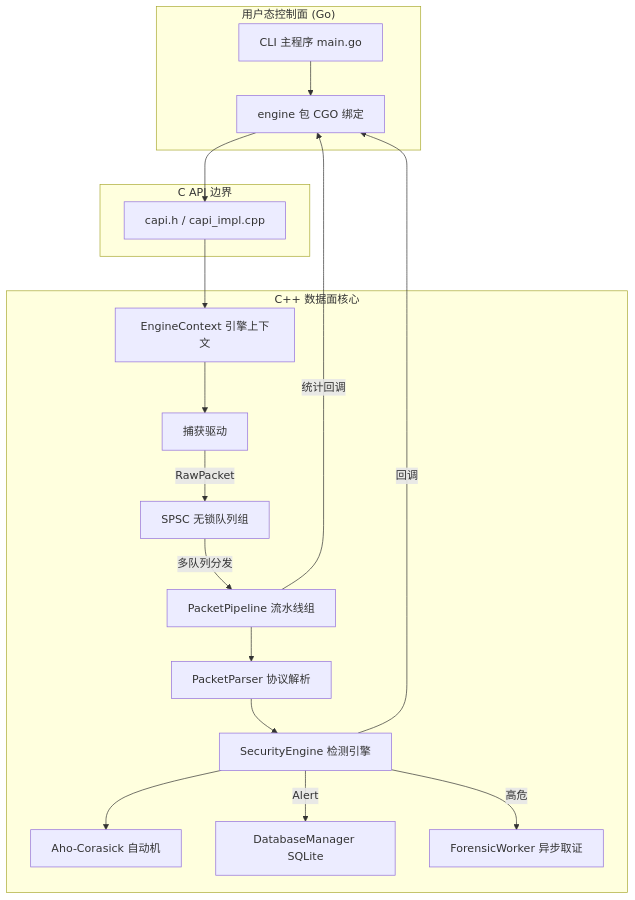
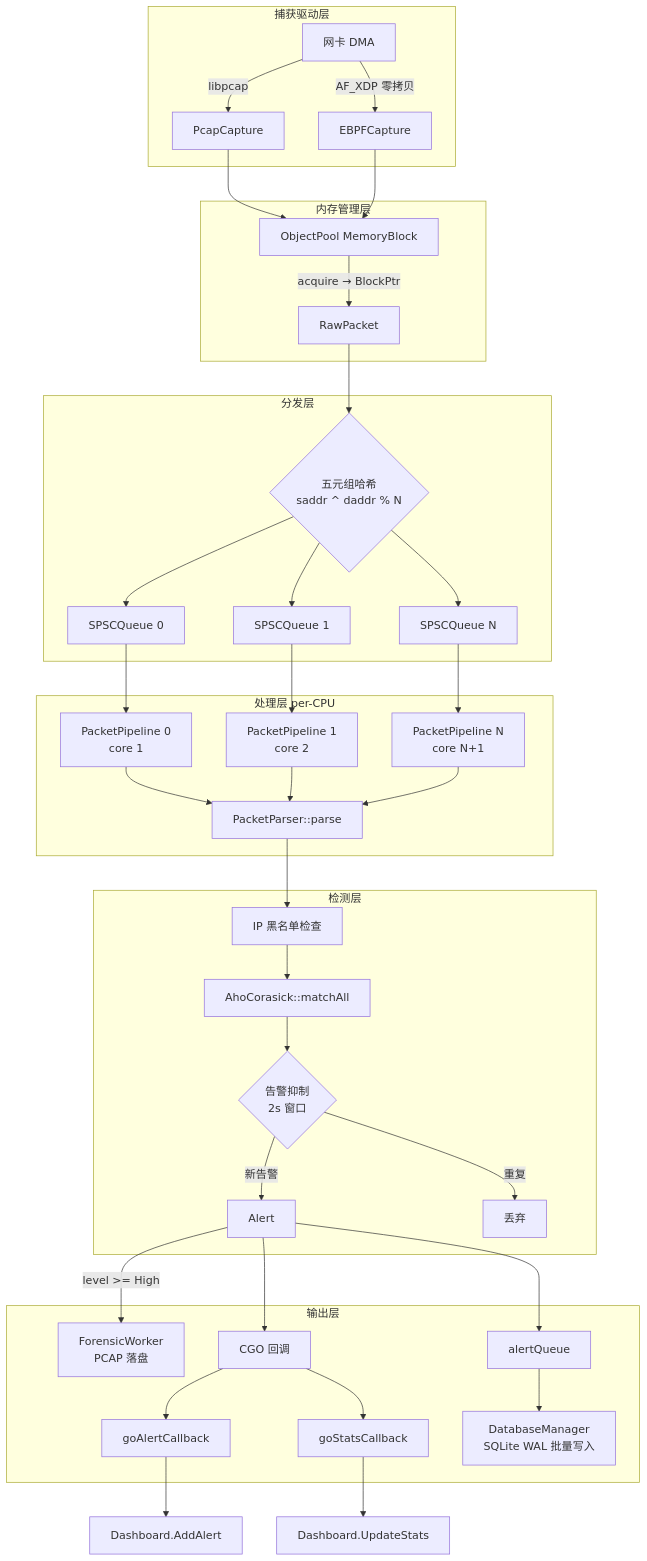
One commit to qizhi125/Sentinel-Flow changed the diagram in docs/architecture.md. Above: the diagram before and after it, drawn with Mermaid. The commit also changed other lines of this file and 66 other files, not shown here.

````diff
--- a/docs/architecture.md
+++ b/docs/architecture.md
@@ -9,37 +5,49 @@
 ```mermaid
-graph TB
-    subgraph "用户态控制面 (Go)"
-        CLI[CLI 主程序 main.go]
-        Binding[engine 包 CGO 绑定]
+graph TD
+    subgraph "捕获驱动层"
+        NIC[网卡 DMA] -->|libpcap| PCAP[PcapCapture]
+        NIC -->|AF_XDP 零拷贝| EBPF[EBPFCapture]
     end
 
-    subgraph "C API 边界"
-        capi[capi.h / capi_impl.cpp]
+    subgraph "内存管理层"
+        PCAP --> POOL[ObjectPool MemoryBlock]
+        EBPF --> POOL
+        POOL -->|acquire → BlockPtr| RAW[RawPacket]
     end
 
-    subgraph "C++ 数据面核心"
-        Context[EngineContext 引擎上下文]
-        Capture[捕获驱动]
-        Queue[SPSC 无锁队列组]
-        Pipeline[PacketPipeline 流水线组]
-        Parser[PacketParser 协议解析]
-        Inspector[SecurityEngine 检测引擎]
-        AC[Aho-Corasick 自动机]
-        DB[DatabaseManager SQLite]
-        Forensic[ForensicWorker 异步取证]
+    subgraph "分发层"
+        RAW --> HASH{五元组哈希<br/>saddr ^ daddr % N}
+        HASH --> Q0[SPSCQueue 0]
+        HASH --> Q1[SPSCQueue 1]
+        HASH --> QN[SPSCQueue N]
     end
 
-    CLI --> Binding
-    Binding --> capi
-    capi --> Context
-    Context --> Capture
-    Capture -->|RawPacket| Queue
-    Queue -->|多队列分发| Pipeline
-    Pipeline --> Parser
-    Parser --> Inspector
-    Inspector --> AC
-    Inspector -->|Alert| DB
-    Inspector -->|高危| Forensic
-    Inspector -->|回调| Binding
-    Pipeline -->|统计回调| Binding
+    subgraph "处理层 per-CPU"
+        Q0 --> PL0[PacketPipeline 0<br/>core 1]
+        Q1 --> PL1[PacketPipeline 1<br/>core 2]
+        QN --> PLN[PacketPipeline N<br/>core N+1]
+        PL0 --> PARSE[PacketParser::parse]
+        PL1 --> PARSE
+        PLN --> PARSE
+    end
+
+    subgraph "检测层"
+        PARSE --> BL[IP 黑名单检查]
+        BL --> AC[AhoCorasick::matchAll]
+        AC --> SUPP{告警抑制<br/>2s 窗口}
+        SUPP -->|新告警| ALERT[Alert]
+        SUPP -->|重复| DROP[丢弃]
+    end
+
+    subgraph "输出层"
+        ALERT -->|level >= High| FW[ForensicWorker<br/>PCAP 落盘]
+        ALERT --> CB[CGO 回调]
+        CB --> GO_ALERT[goAlertCallback]
+        CB --> GO_STATS[goStatsCallback]
+        ALERT --> DB_QUEUE[alertQueue]
+        DB_QUEUE --> SQLITE[DatabaseManager<br/>SQLite WAL 批量写入]
+    end
+
+    GO_ALERT --> DASH[Dashboard.AddAlert]
+    GO_STATS --> DASH2[Dashboard.UpdateStats]
 ```
````
